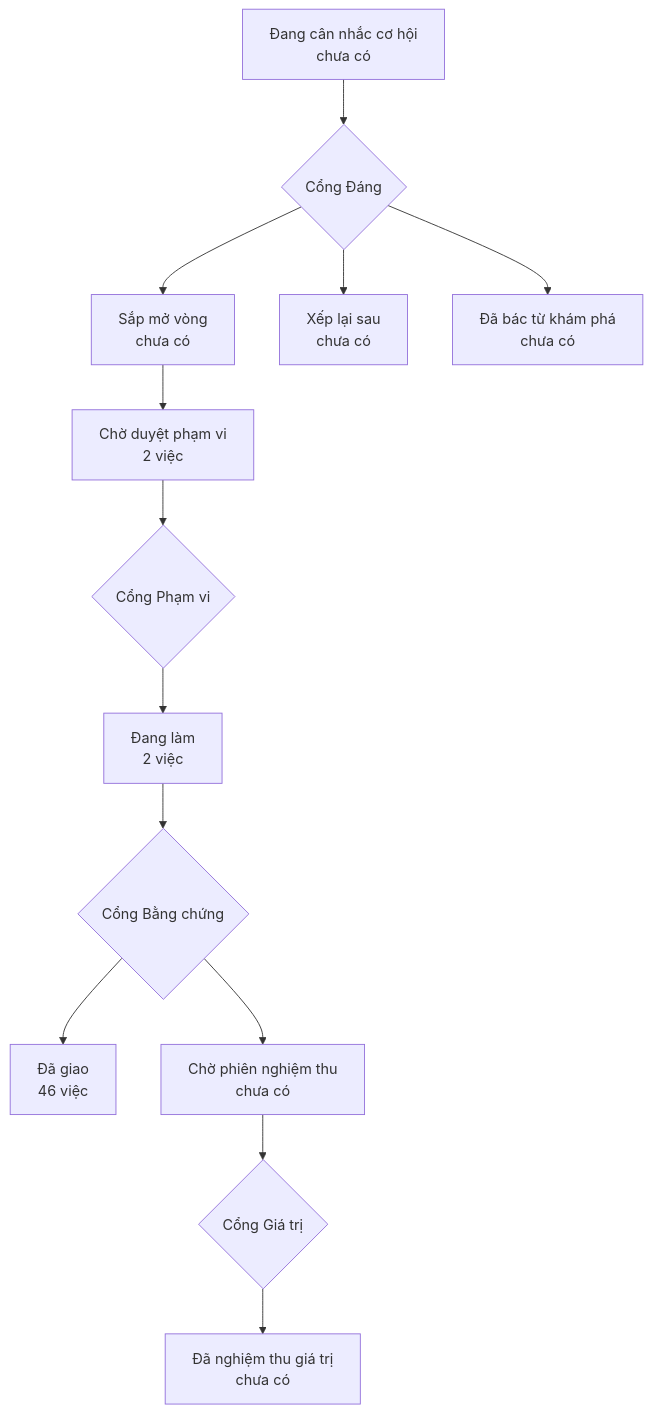
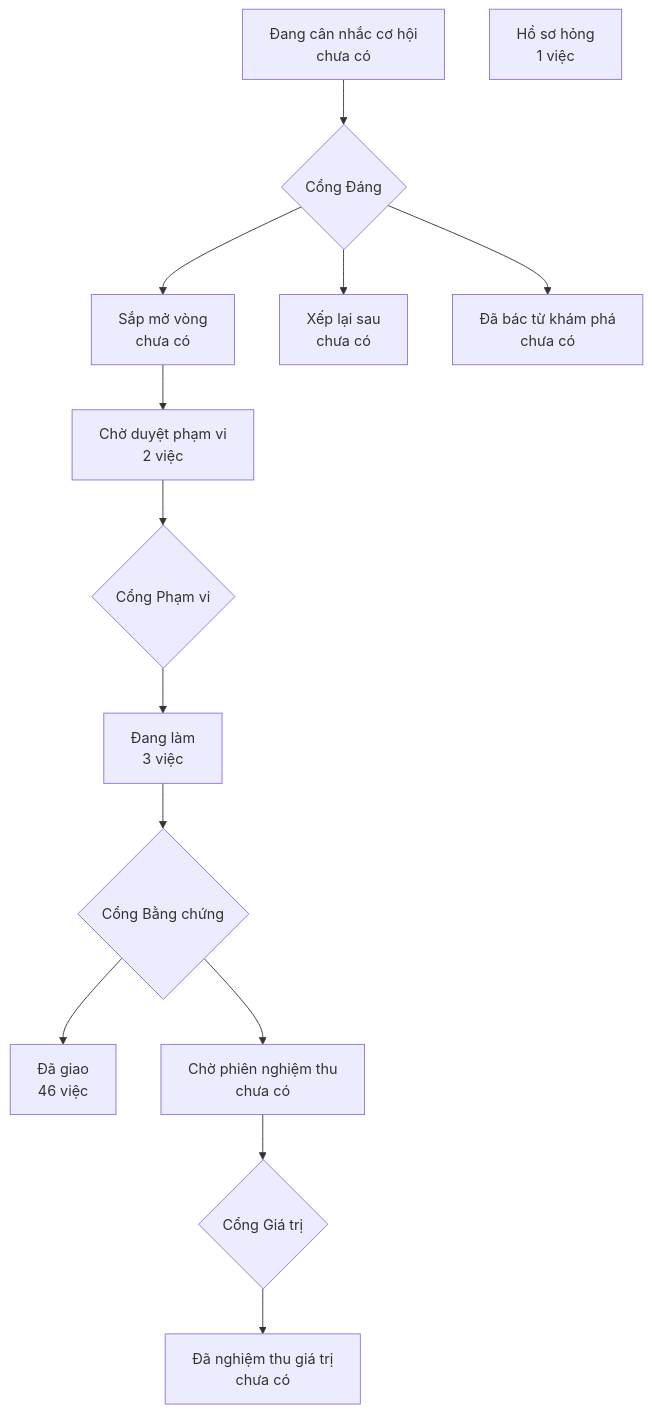
Before and after one commit to phanlemanh/acceptance-gate-kit: the diagram in PRODUCT-MAP.md, drawn with Mermaid. The commit also changed other lines of this file and 7 other files, not shown here.

````diff
--- a/PRODUCT-MAP.md
+++ b/PRODUCT-MAP.md
@@ -6,12 +6,13 @@
 ```mermaid
 flowchart TD
   A["Đang cân nhắc cơ hội<br/>chưa có"] --> GD{"Cổng Đáng"}
   GD --> B["Sắp mở vòng<br/>chưa có"]
   GD --> XL["Xếp lại sau<br/>chưa có"]
   GD --> DB["Đã bác từ khám phá<br/>chưa có"]
   B --> CD["Chờ duyệt phạm vi<br/>2 việc"] --> GP{"Cổng Phạm vi"}
-  GP --> DL["Đang làm<br/>2 việc"] --> GB{"Cổng Bằng chứng"}
+  GP --> DL["Đang làm<br/>3 việc"] --> GB{"Cổng Bằng chứng"}
   GB --> DG["Đã giao<br/>46 việc"]
   GB --> CN["Chờ phiên nghiệm thu<br/>chưa có"] --> GG{"Cổng Giá trị"}
   GG --> NT["Đã nghiệm thu giá trị<br/>chưa có"]
+  HS["Hồ sơ hỏng<br/>1 việc"]
 ```
````
